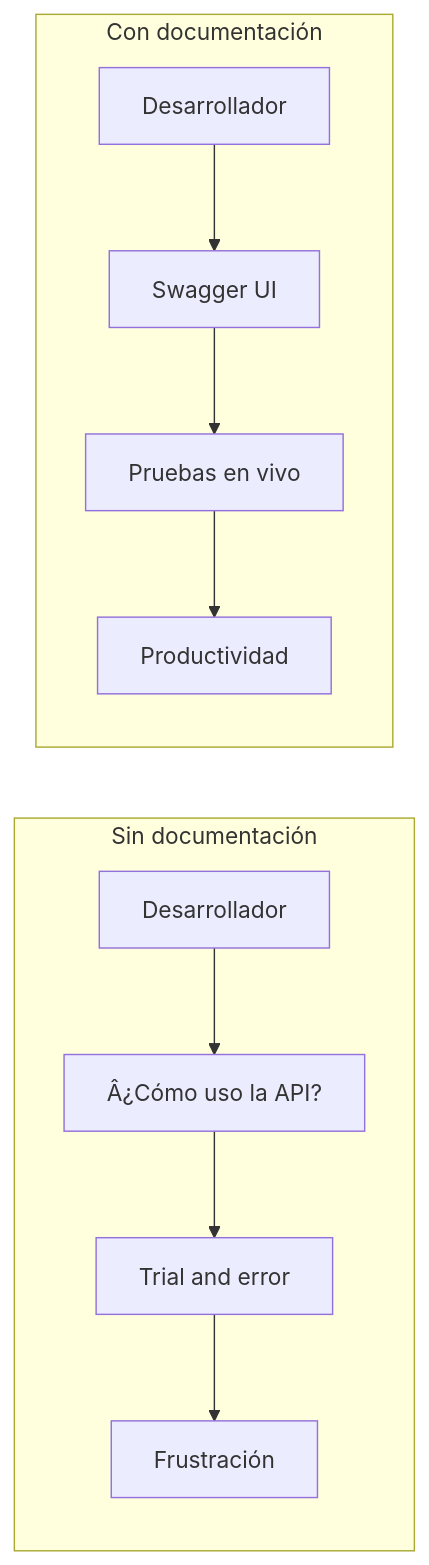
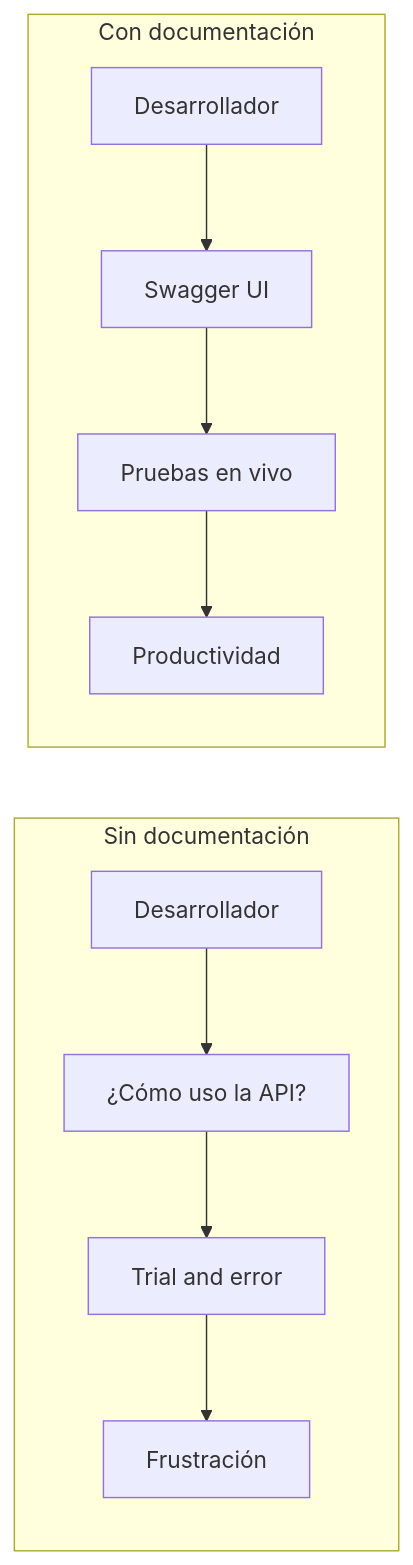
The first of 3 diagrams in doc/25-documentacion-api.md (joseluisgs/TiendaDawApi-Cqrs-MediatR-NetCore), drawn with Mermaid before and after one commit. The commit also changed other lines of this file and 27 other files, not shown here.

````diff
--- a/doc/25-documentacion-api.md
+++ b/doc/25-documentacion-api.md
@@ -19,14 +19,14 @@
 ```mermaid
 flowchart LR
     subgraph "Sin documentación"
-        A1["Desarrollador"] --> A2["Â¿Cómo uso la API?"]
+        A1["Desarrollador"] --> A2["¿Cómo uso la API?"]
         A2 --> A3["Trial and error"]
         A3 --> A4["Frustración"]
     end
     
     subgraph "Con documentación"
         B1["Desarrollador"] --> B2["Swagger UI"]
         B2 --> B3["Pruebas en vivo"]
         B3 --> B4["Productividad"]
     end
 ```
````
